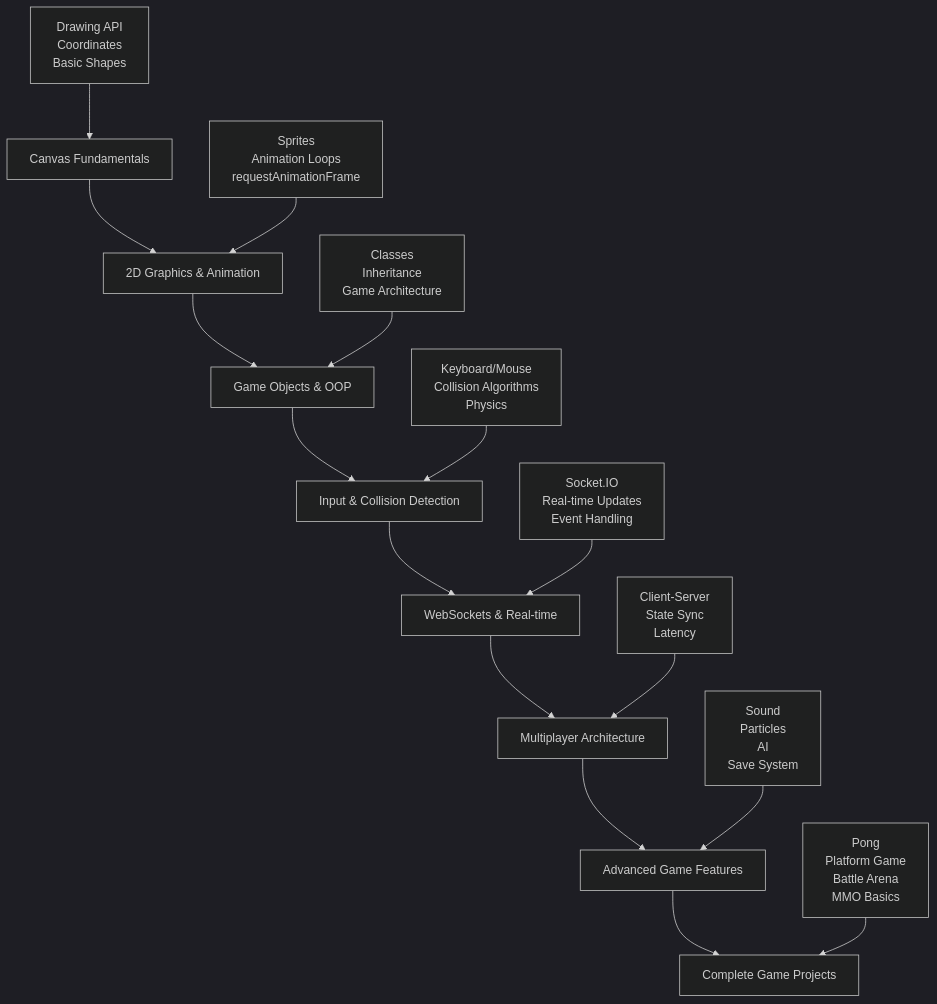
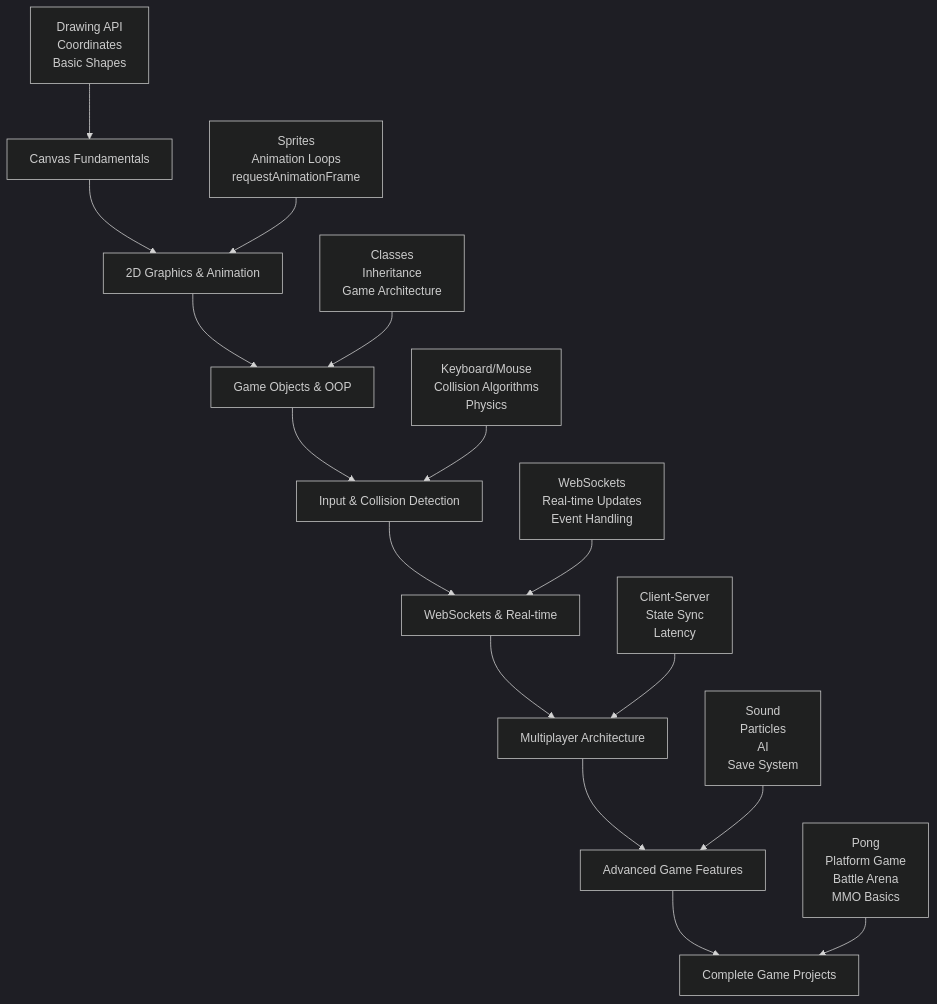
The fourth of 4 diagrams in src/kapitel_10/index.md (Glimakra-Webbutvecklare/kursbok), drawn with Mermaid (dark theme) before and after one commit. The commit also changed other lines of this file and 9 other files, not shown here.

````diff
--- a/src/kapitel_10/index.md
+++ b/src/kapitel_10/index.md
@@ -300,19 +300,19 @@
 ```mermaid
 flowchart TD
     A[Canvas Fundamentals] --> B[2D Graphics & Animation]
     B --> C[Game Objects & OOP]
     C --> D[Input & Collision Detection]
     D --> E[WebSockets & Real-time]
     E --> F[Multiplayer Architecture]
     F --> G[Advanced Game Features]
     G --> H[Complete Game Projects]
     
     A1[Drawing API<br/>Coordinates<br/>Basic Shapes] --> A
     B1[Sprites<br/>Animation Loops<br/>requestAnimationFrame] --> B
     C1[Classes<br/>Inheritance<br/>Game Architecture] --> C
     D1[Keyboard/Mouse<br/>Collision Algorithms<br/>Physics] --> D
-    E1[Socket.IO<br/>Real-time Updates<br/>Event Handling] --> E
+    E1[WebSockets<br/>Real-time Updates<br/>Event Handling] --> E
     F1[Client-Server<br/>State Sync<br/>Latency] --> F
     G1[Sound<br/>Particles<br/>AI<br/>Save System] --> G
     H1[Pong<br/>Platform Game<br/>Battle Arena<br/>MMO Basics] --> H
 ```
````
